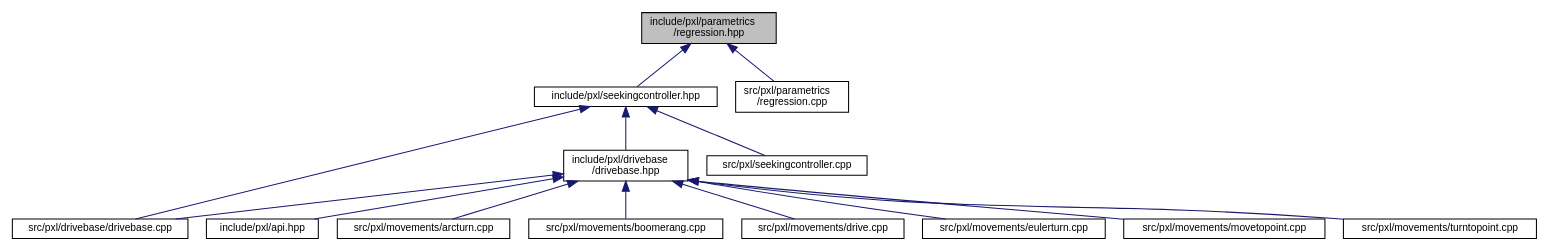
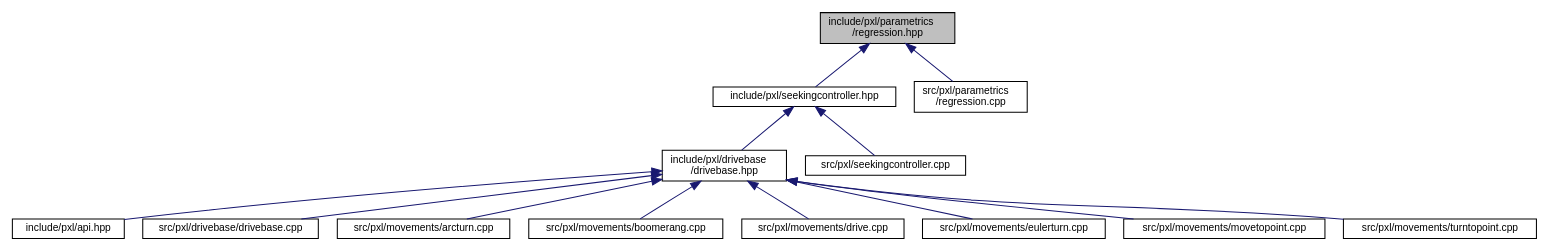
Before and after one commit to Pixel-Lib/Pixel: the diagram in regression_8hpp__dep__incl.dot, drawn with Graphviz. The commit also changed 159 other files, not shown here.

```diff
--- a/regression_8hpp__dep__incl.dot
+++ b/regression_8hpp__dep__incl.dot
@@ -1,32 +1,31 @@
 digraph "include/pxl/parametrics/regression.hpp"
 {
  // LATEX_PDF_SIZE
   edge [fontname="Helvetica",fontsize="10",labelfontname="Helvetica",labelfontsize="10"];
   node [fontname="Helvetica",fontsize="10",shape=record];
   Node1 [label="include/pxl/parametrics\l/regression.hpp",height=0.2,width=0.4,color="black", fillcolor="grey75", style="filled", fontcolor="black",tooltip=" "];
   Node1 -> Node2 [dir="back",color="midnightblue",fontsize="10",style="solid",fontname="Helvetica"];
   Node2 [label="include/pxl/seekingcontroller.hpp",height=0.2,width=0.4,color="black", fillcolor="white", style="filled",URL="$seekingcontroller_8hpp.html",tooltip=" "];
   Node2 -> Node3 [dir="back",color="midnightblue",fontsize="10",style="solid",fontname="Helvetica"];
   Node3 [label="include/pxl/drivebase\l/drivebase.hpp",height=0.2,width=0.4,color="black", fillcolor="white", style="filled",URL="$drivebase_8hpp.html",tooltip=" "];
   Node3 -> Node4 [dir="back",color="midnightblue",fontsize="10",style="solid",fontname="Helvetica"];
   Node4 [label="include/pxl/api.hpp",height=0.2,width=0.4,color="black", fillcolor="white", style="filled",URL="$api_8hpp.html",tooltip=" "];
   Node3 -> Node5 [dir="back",color="midnightblue",fontsize="10",style="solid",fontname="Helvetica"];
   Node5 [label="src/pxl/drivebase/drivebase.cpp",height=0.2,width=0.4,color="black", fillcolor="white", style="filled",URL="$drivebase_8cpp.html",tooltip=" "];
   Node3 -> Node6 [dir="back",color="midnightblue",fontsize="10",style="solid",fontname="Helvetica"];
   Node6 [label="src/pxl/movements/arcturn.cpp",height=0.2,width=0.4,color="black", fillcolor="white", style="filled",URL="$arcturn_8cpp.html",tooltip=" "];
   Node3 -> Node7 [dir="back",color="midnightblue",fontsize="10",style="solid",fontname="Helvetica"];
   Node7 [label="src/pxl/movements/boomerang.cpp",height=0.2,width=0.4,color="black", fillcolor="white", style="filled",URL="$boomerang_8cpp.html",tooltip=" "];
   Node3 -> Node8 [dir="back",color="midnightblue",fontsize="10",style="solid",fontname="Helvetica"];
   Node8 [label="src/pxl/movements/drive.cpp",height=0.2,width=0.4,color="black", fillcolor="white", style="filled",URL="$drive_8cpp.html",tooltip=" "];
   Node3 -> Node9 [dir="back",color="midnightblue",fontsize="10",style="solid",fontname="Helvetica"];
   Node9 [label="src/pxl/movements/eulerturn.cpp",height=0.2,width=0.4,color="black", fillcolor="white", style="filled",URL="$eulerturn_8cpp.html",tooltip=" "];
   Node3 -> Node10 [dir="back",color="midnightblue",fontsize="10",style="solid",fontname="Helvetica"];
   Node10 [label="src/pxl/movements/movetopoint.cpp",height=0.2,width=0.4,color="black", fillcolor="white", style="filled",URL="$movetopoint_8cpp.html",tooltip=" "];
   Node3 -> Node11 [dir="back",color="midnightblue",fontsize="10",style="solid",fontname="Helvetica"];
   Node11 [label="src/pxl/movements/turntopoint.cpp",height=0.2,width=0.4,color="black", fillcolor="white", style="filled",URL="$turntopoint_8cpp.html",tooltip=" "];
-  Node2 -> Node5 [dir="back",color="midnightblue",fontsize="10",style="solid",fontname="Helvetica"];
   Node2 -> Node12 [dir="back",color="midnightblue",fontsize="10",style="solid",fontname="Helvetica"];
   Node12 [label="src/pxl/seekingcontroller.cpp",height=0.2,width=0.4,color="black", fillcolor="white", style="filled",URL="$seekingcontroller_8cpp.html",tooltip=" "];
   Node1 -> Node13 [dir="back",color="midnightblue",fontsize="10",style="solid",fontname="Helvetica"];
   Node13 [label="src/pxl/parametrics\l/regression.cpp",height=0.2,width=0.4,color="black", fillcolor="white", style="filled",URL="$regression_8cpp.html",tooltip=" "];
 }
```
